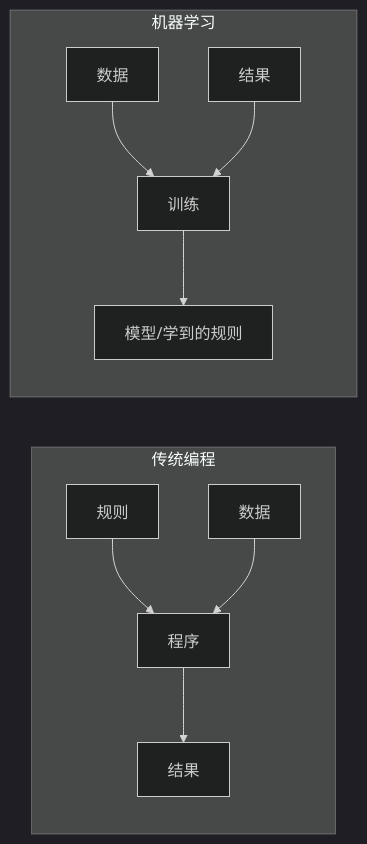
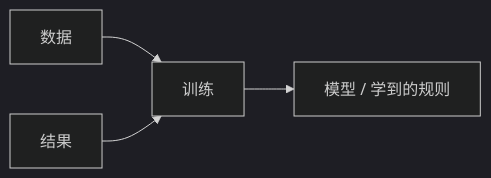
Before and after one commit to chengcandys/ai-: the second of 3 diagrams in 02-机器学习/README.md, drawn with Mermaid (dark theme). The commit also changed other lines of this file and 1 other file, not shown here.

Commit message:
更新

````diff
--- a/02-机器学习/README.md
+++ b/02-机器学习/README.md
@@ -7,13 +18,6 @@
 ```mermaid
 graph LR
-    subgraph 传统编程
-        R1[规则] --> P1[程序]
-        D1[数据] --> P1
-        P1 --> O1[结果]
-    end
-    subgraph 机器学习
-        D2[数据] --> T[训练]
-        O2[结果] --> T
-        T --> M[模型/学到的规则]
-    end
+    D2[数据] --> T[训练]
+    O2[结果] --> T
+    T --> M[模型 / 学到的规则]
 ```
````
